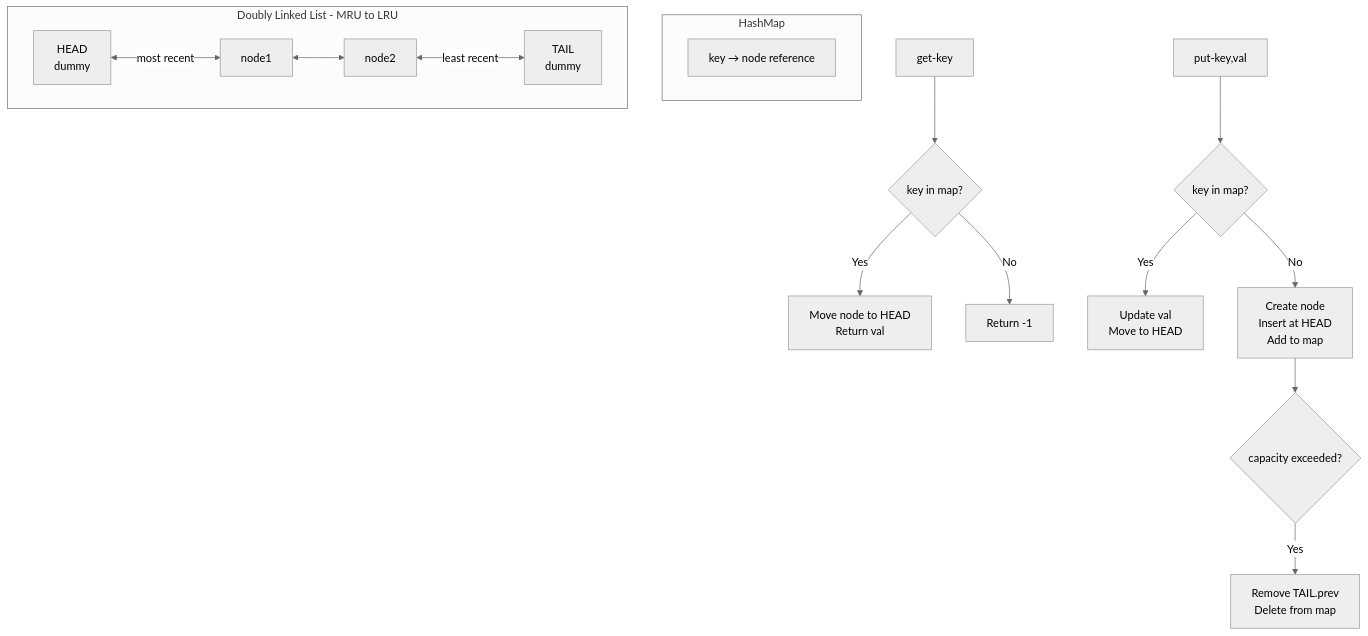
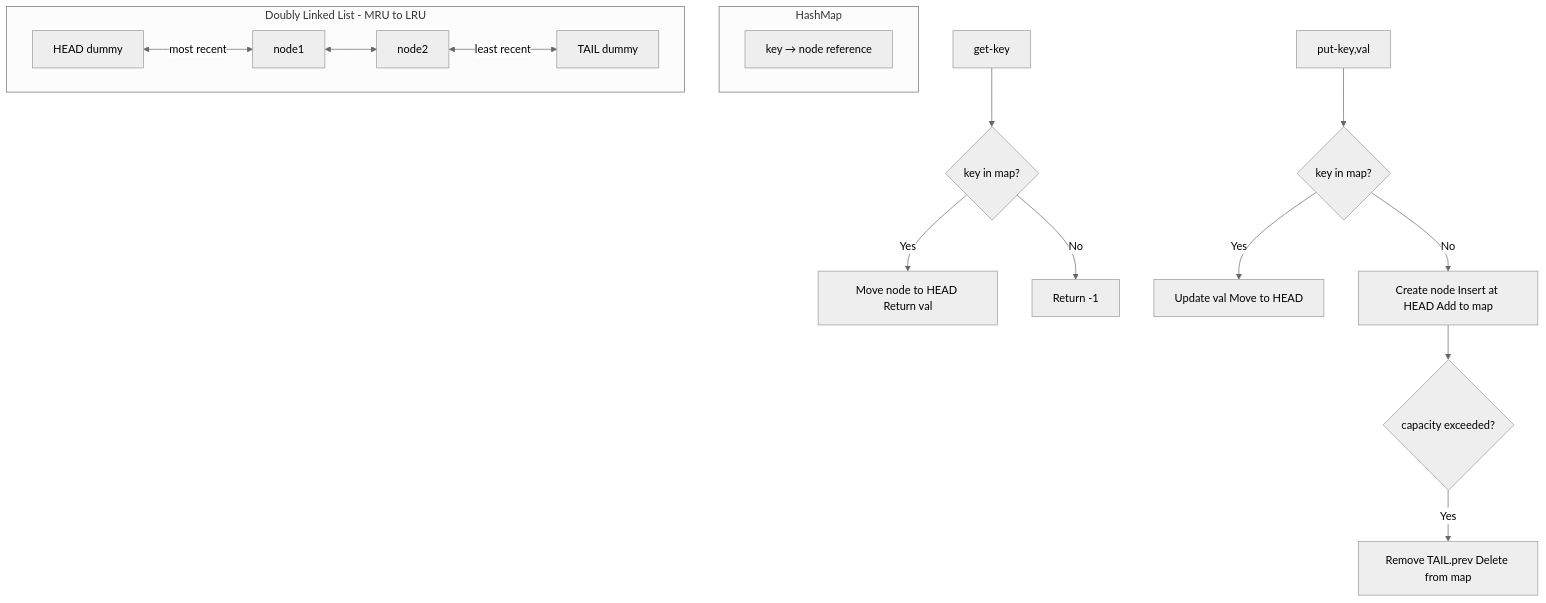
Before and after one commit to deepanshu-rawat6/AlgoAtlas: the fifth of 6 diagrams in linked_list/README.md, drawn with Mermaid (neutral theme). The commit also changed other lines of this file and 13 other files, not shown here.

````diff
--- a/linked_list/README.md
+++ b/linked_list/README.md
@@ -101,19 +101,19 @@
 ```mermaid
 flowchart TD
     subgraph HashMap
         M[key → node reference]
     end
     subgraph DLL [Doubly Linked List - MRU to LRU]
-        H2[HEAD<br>dummy] <-->|most recent| N1[node1]
+        H2[HEAD dummy] <-->|most recent| N1[node1]
         N1 <--> N2[node2]
-        N2 <-->|least recent| T[TAIL<br>dummy]
+        N2 <-->|least recent| T[TAIL dummy]
     end
     A[get-key] --> B{"key in map?"}
-    B -->|Yes| C[Move node to HEAD<br>Return val]
+    B -->|Yes| C[Move node to HEAD Return val]
     B -->|No| D[Return -1]
     E[put-key,val] --> F{"key in map?"}
-    F -->|Yes| G[Update val<br>Move to HEAD]
-    F -->|No| H[Create node<br>Insert at HEAD<br>Add to map]
+    F -->|Yes| G[Update val Move to HEAD]
+    F -->|No| H[Create node Insert at HEAD Add to map]
     H --> I{"capacity exceeded?"}
-    I -->|Yes| J[Remove TAIL.prev<br>Delete from map]
+    I -->|Yes| J[Remove TAIL.prev Delete from map]
 ```
````
